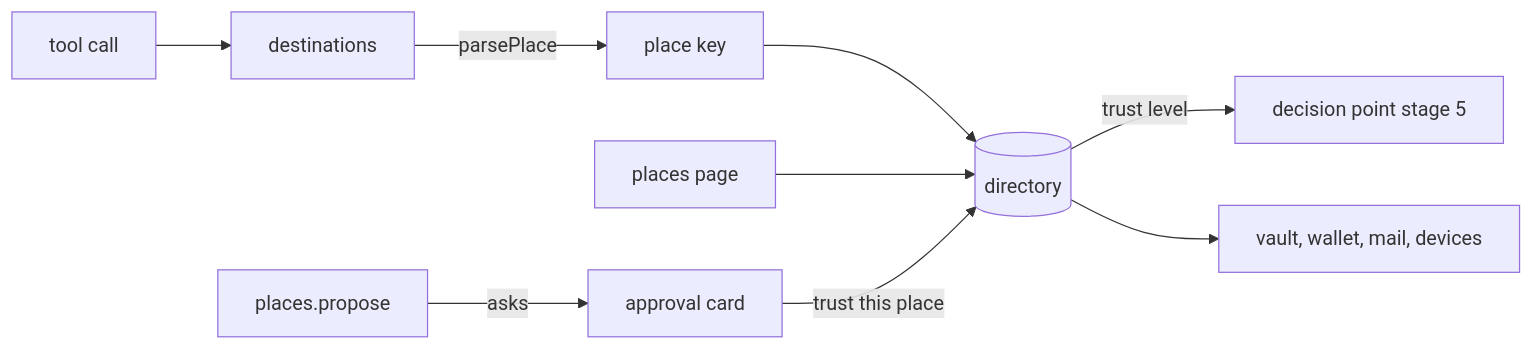
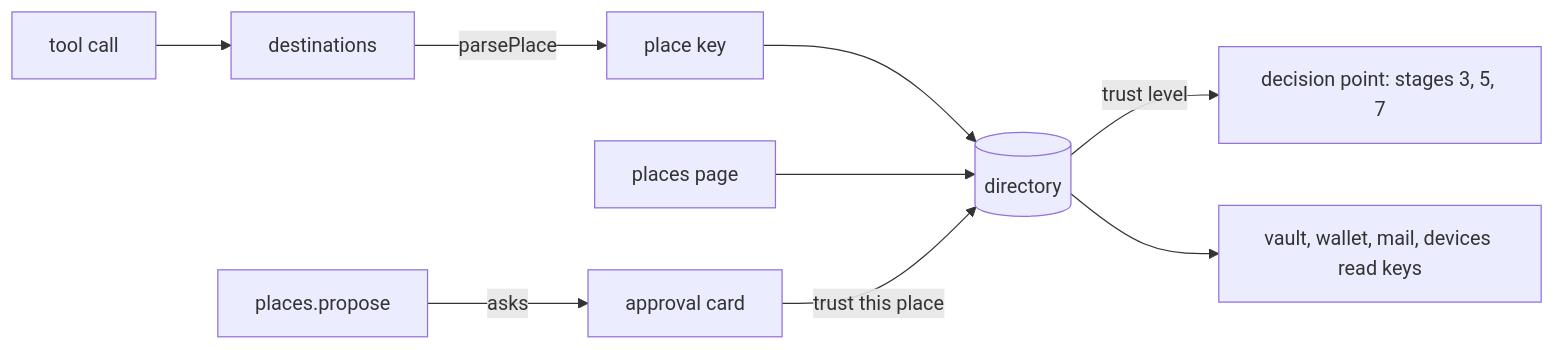
One commit to zgeoff/nixie changed the diagram in docs/design/queue/trusted-places.md. Above: the diagram before and after it, drawn with Mermaid. The commit also changed other lines of this file, not shown here.

Commit message:
docs(design): answer the builder's questions on trusted places

````diff
--- a/docs/design/queue/trusted-places.md
+++ b/docs/design/queue/trusted-places.md
@@ -21,11 +28,11 @@
 ```mermaid
 flowchart LR
   call[tool call] --> dest[destinations]
   dest -->|"parsePlace"| key[place key]
   key --> dir[(directory)]
-  dir -->|"trust level"| stage5[decision point stage 5]
+  dir -->|"trust level"| dp[decision point: stages 3, 5, 7]
   page[places page] --> dir
   card[approval card] -->|"trust this place"| dir
-  nix[places.propose] -->|"asks"| card
-  dir --> users[vault, wallet, mail, devices]
+  propose[places.propose] -->|"asks"| card
+  dir --> users[vault, wallet, mail, devices read keys]
 ```
````
